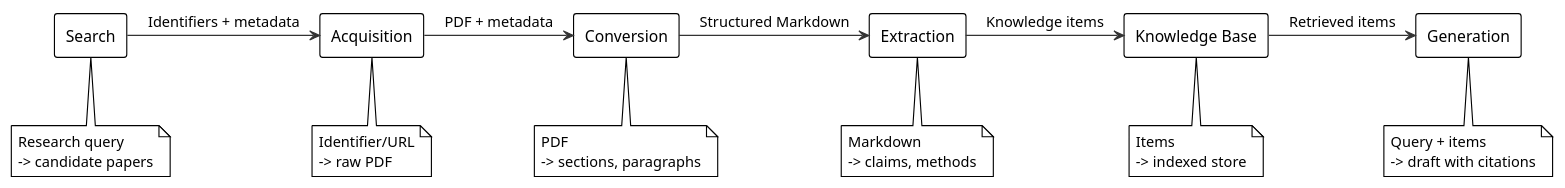
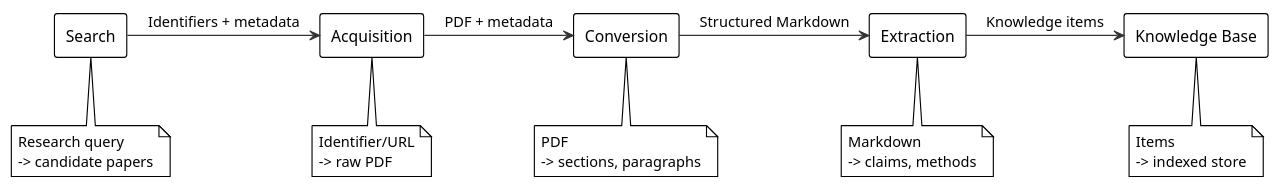
The second of 2 diagrams in docs/ARCHITECTURE.md (petar-djukic/research-engine), drawn with PlantUML before and after one commit. The commit also changed other lines of this file and 12 other files, not shown here.

````diff
--- a/docs/ARCHITECTURE.md
+++ b/docs/ARCHITECTURE.md
@@ -29,28 +96,25 @@
 ```plantuml
 @startuml
 !theme plain
 skinparam backgroundColor white
 skinparam arrowColor #333333
 
 rectangle "Search" as srch
 rectangle "Acquisition" as acq
 rectangle "Conversion" as conv
 rectangle "Extraction" as ext
 rectangle "Knowledge Base" as kb
-rectangle "Generation" as gen
 
 srch -right-> acq : Identifiers + metadata
 acq -right-> conv : PDF + metadata
 conv -right-> ext : Structured Markdown
 ext -right-> kb : Knowledge items
-kb -right-> gen : Retrieved items
 
 note bottom of srch : Research query\n-> candidate papers
 note bottom of acq : Identifier/URL\n-> raw PDF
 note bottom of conv : PDF\n-> sections, paragraphs
 note bottom of ext : Markdown\n-> claims, methods
 note bottom of kb : Items\n-> indexed store
-note bottom of gen : Query + items\n-> draft with citations
 
 @enduml
 ```
````
